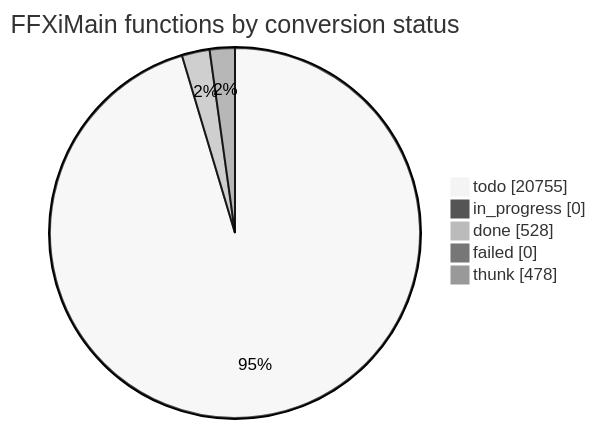
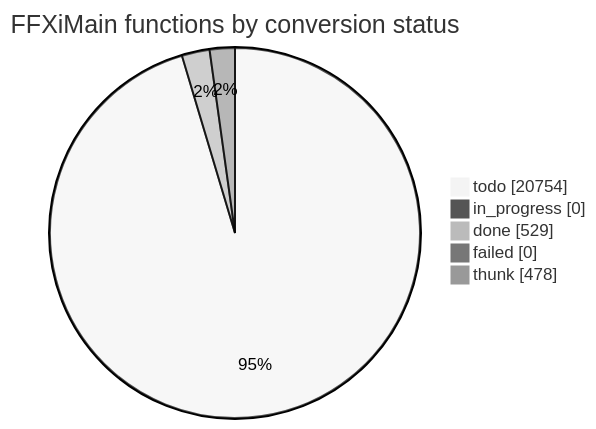
The diagram in docs/cow/STATUS.md (cowrevenge/cow_kuluu_xi_anything), drawn with Mermaid (neutral theme) before and after one commit. The commit also changed other lines of this file and 9 other files, not shown here.

````diff
--- a/docs/cow/STATUS.md
+++ b/docs/cow/STATUS.md
@@ -18,9 +18,9 @@
 ```mermaid
 pie showData
     title FFXiMain functions by conversion status
-    "todo" : 20755
+    "todo" : 20754
     "in_progress" : 0
-    "done" : 528
+    "done" : 529
     "failed" : 0
     "thunk" : 478
 ```
````
